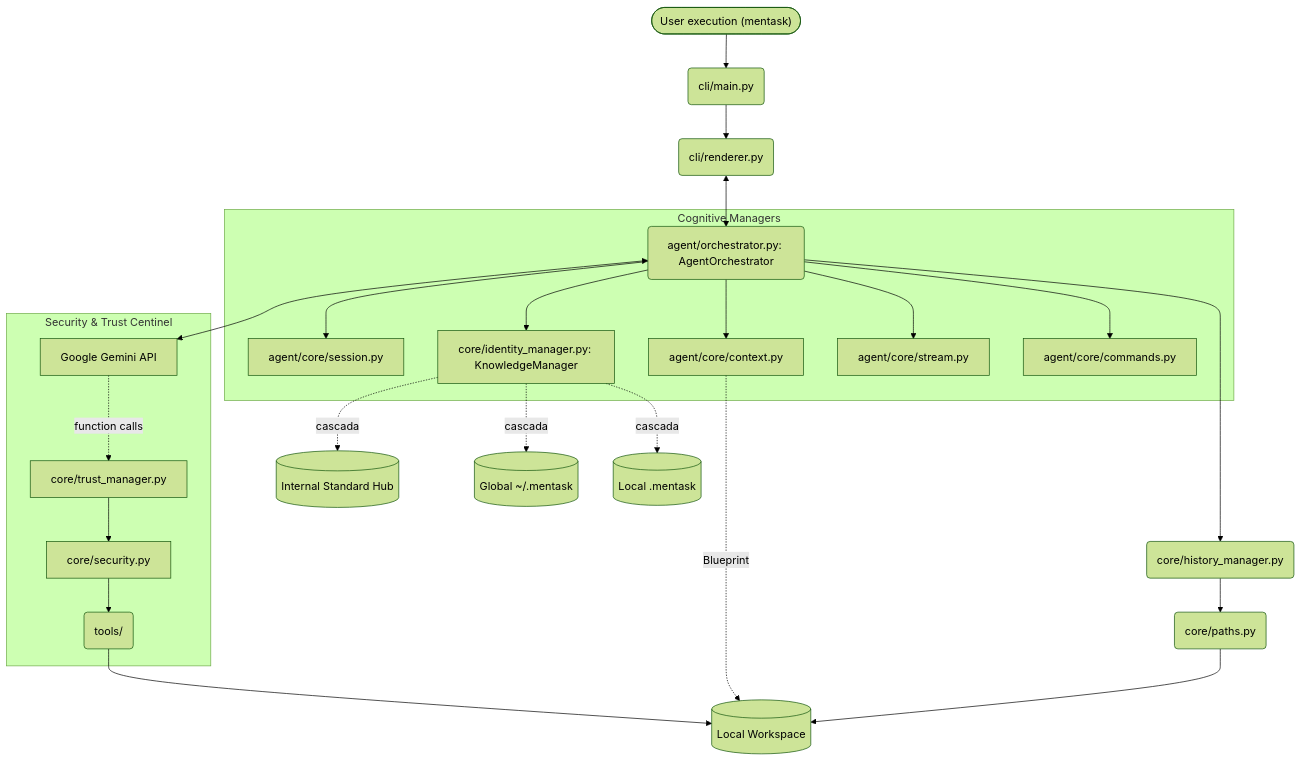
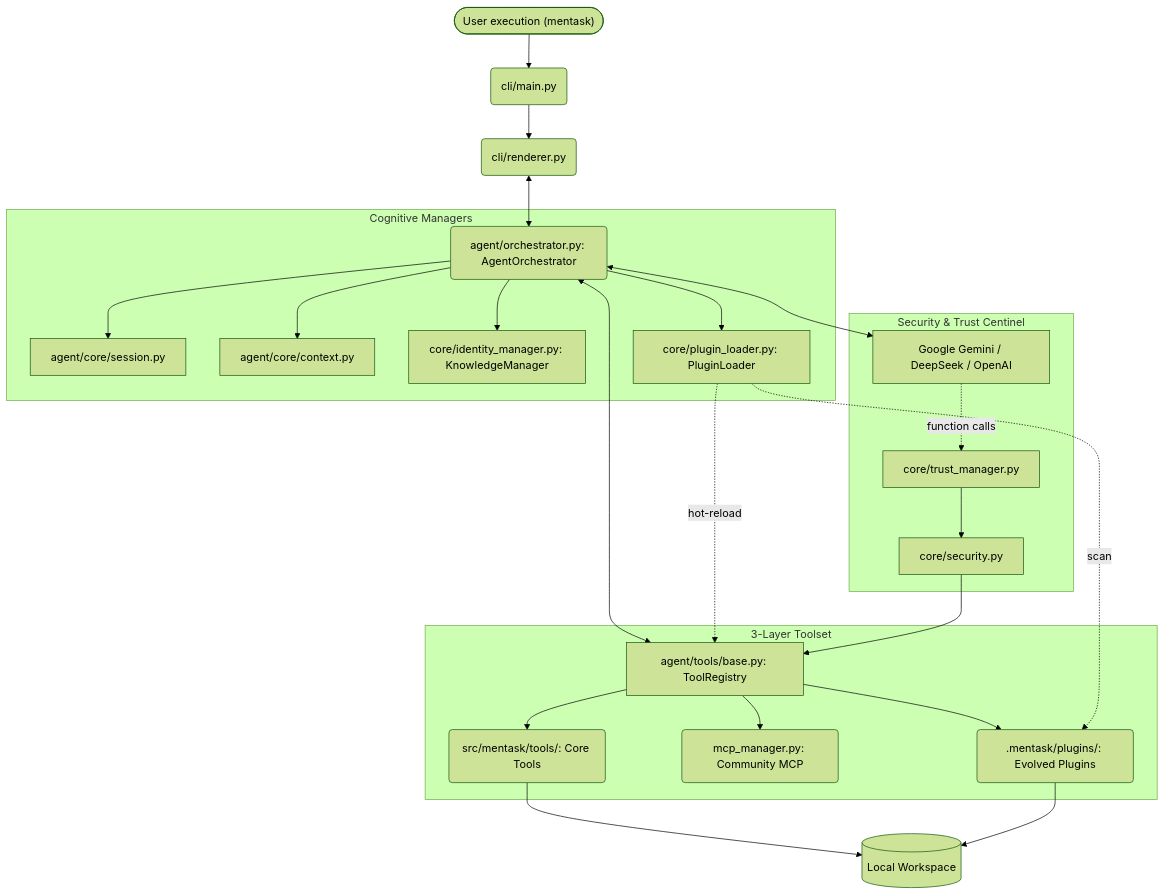
Before and after one commit to julesklord/askgem.py: the diagram in wiki/Architecture.md, drawn with Mermaid (forest theme). The commit also changed other lines of this file and 12 other files, not shown here.

First line of the commit message:
feat: implement 3-Layer Plugin Architecture and Forge Engine (v0.20.0)

````diff
--- a/wiki/Architecture.md
+++ b/wiki/Architecture.md
@@ -7,32 +7,34 @@
 ```mermaid
 flowchart TD
     CLI(["User execution (mentask)"]) --> Main(cli/main.py)
     Main --> Renderer(cli/renderer.py)
     Renderer <--> Orchestrator(agent/orchestrator.py: AgentOrchestrator)
     
     subgraph Cognitive_Layer [Cognitive Managers]
         Orchestrator --> Session[agent/core/session.py]
         Orchestrator --> Context[agent/core/context.py]
         Orchestrator --> Hub[core/identity_manager.py: KnowledgeManager]
-        Orchestrator --> Stream[agent/core/stream.py]
-        Orchestrator --> Commands[agent/core/commands.py]
+        Orchestrator --> Loader[core/plugin_loader.py: PluginLoader]
     end
 
-    Hub -. cascada .-> Internal[(Internal Standard Hub)]
-    Hub -. cascada .-> UserKB[(Global ~/.mentask)]
-    Hub -. cascada .-> LocalKB[(Local .mentask)]
+    subgraph Tool_Ecosystem [3-Layer Toolset]
+        Registry[agent/tools/base.py: ToolRegistry]
+        Registry --> Layer1(src/mentask/tools/: Core Tools)
+        Registry --> Layer2(mcp_manager.py: Community MCP)
+        Registry --> Layer3(.mentask/plugins/: Evolved Plugins)
+    end
 
-    Orchestrator <--> GenAI[Google Gemini API]
+    Orchestrator <--> Registry
+    Loader -. hot-reload .-> Registry
+    Loader -. scan .-> Layer3
+
+    Orchestrator <--> LLM[Google Gemini / DeepSeek / OpenAI]
     
     subgraph Security_Layer [Security & Trust Centinel]
-        GenAI -. function calls .-> Trust[core/trust_manager.py]
+        LLM -. function calls .-> Trust[core/trust_manager.py]
         Trust --> SecurityCheck[core/security.py]
-        SecurityCheck --> Tools(tools/)
+        SecurityCheck --> Registry
     end
 
-    Tools --> localDisk[(Local Workspace)]
-    Context -. Blueprint .-> localDisk
-    Orchestrator --> History(core/history_manager.py)
-    History --> Paths(core/paths.py)
-    Paths --> localDisk
+    Layer1 & Layer3 --> localDisk[(Local Workspace)]
 ```
````
